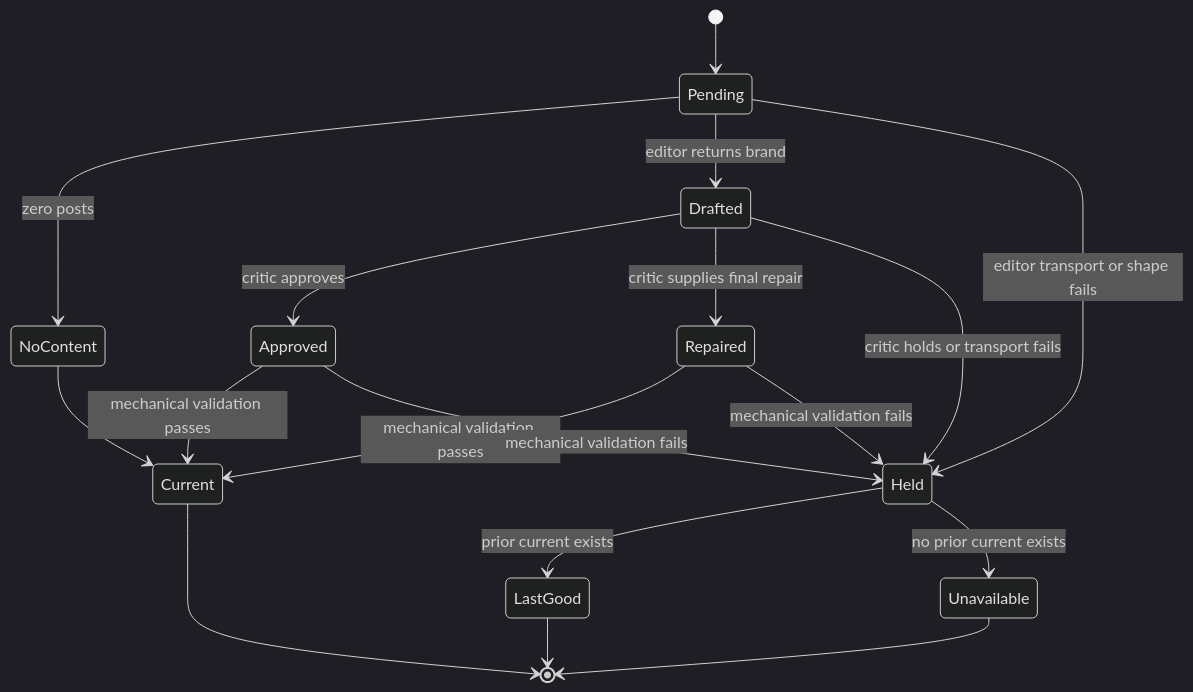
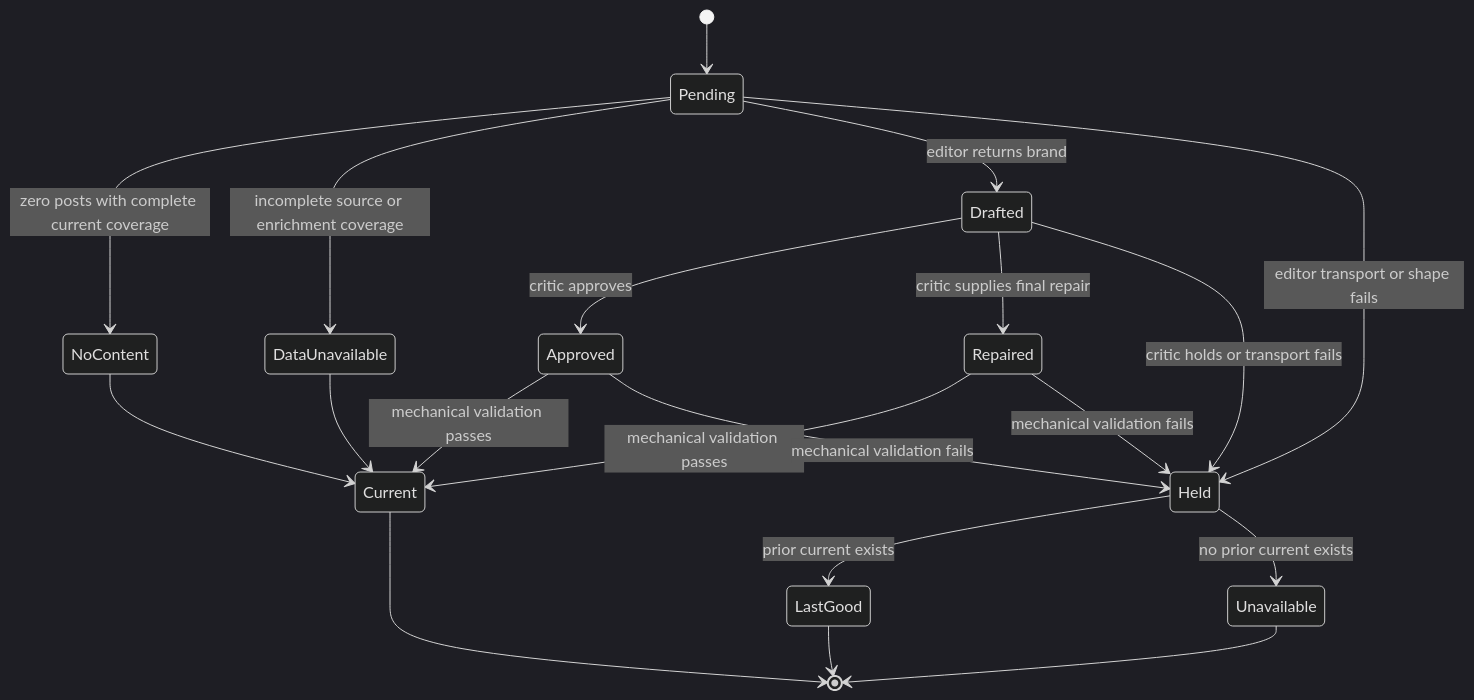
Before and after one commit to allenwlee/pushin-weight-v2: the third of 3 diagrams in docs/plans/2026-08-26-173100-feat-per-brand-ai-trend-narratives-plan.md, drawn with Mermaid (dark theme). The commit also changed other lines of this file, not shown here.

````diff
--- a/docs/plans/2026-08-26-173100-feat-per-brand-ai-trend-narratives-plan.md
+++ b/docs/plans/2026-08-26-173100-feat-per-brand-ai-trend-narratives-plan.md
@@ -305,20 +329,22 @@
 ```mermaid
 stateDiagram-v2
   [*] --> Pending
-  Pending --> NoContent: zero posts
+  Pending --> NoContent: zero posts with complete current coverage
+  Pending --> DataUnavailable: incomplete source or enrichment coverage
   Pending --> Drafted: editor returns brand
   Pending --> Held: editor transport or shape fails
   Drafted --> Approved: critic approves
   Drafted --> Repaired: critic supplies final repair
   Drafted --> Held: critic holds or transport fails
   Approved --> Current: mechanical validation passes
   Repaired --> Current: mechanical validation passes
   Approved --> Held: mechanical validation fails
   Repaired --> Held: mechanical validation fails
   Held --> LastGood: prior current exists
   Held --> Unavailable: no prior current exists
   NoContent --> Current
+  DataUnavailable --> Current
   Current --> [*]
   LastGood --> [*]
   Unavailable --> [*]
 ```
````
